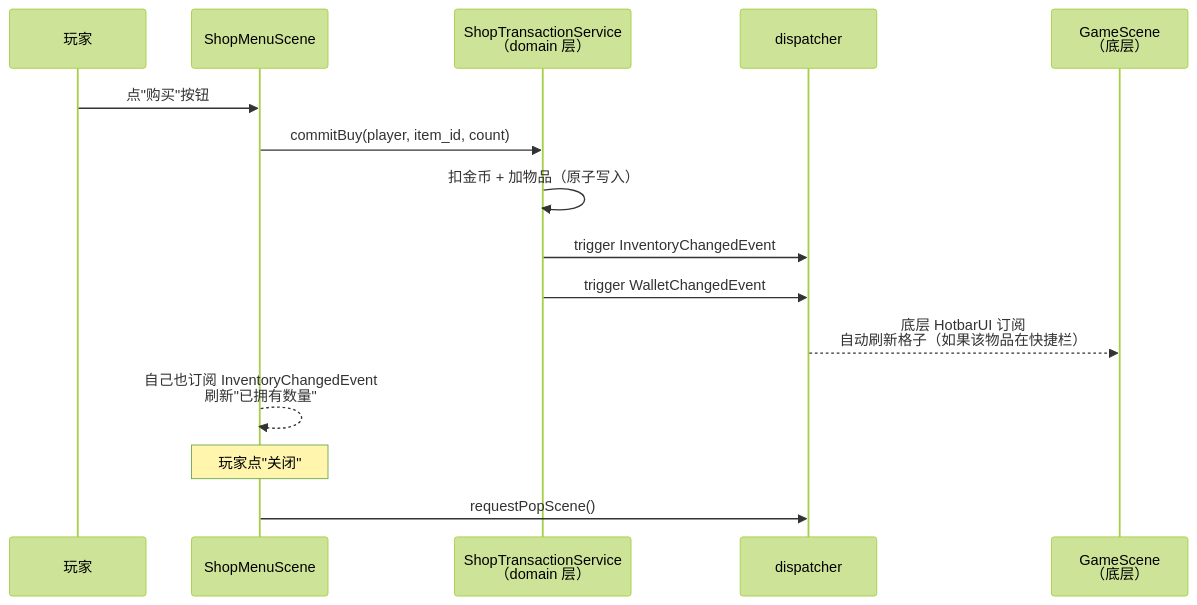
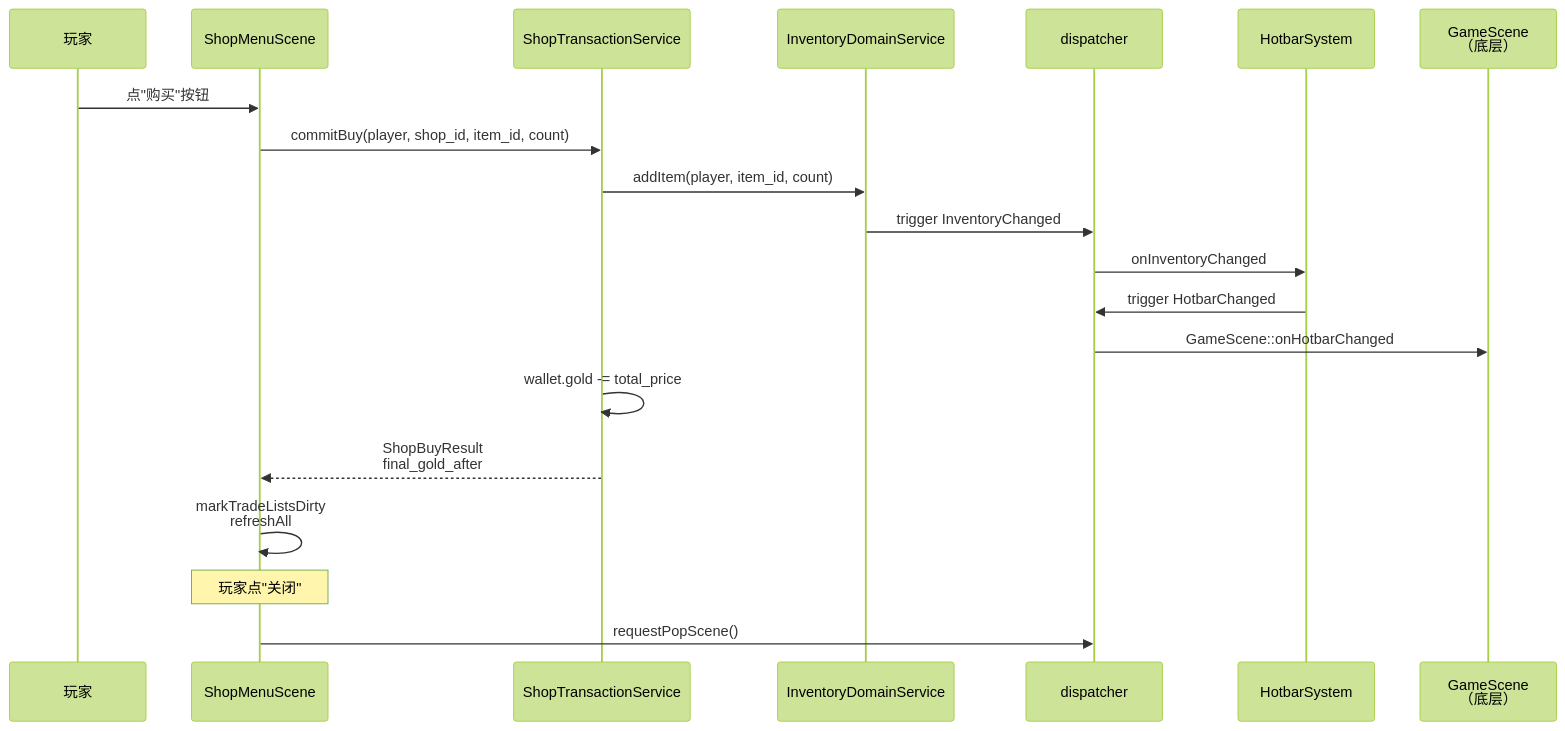
The third of 3 diagrams in lecture_plans/lectures/04-HUD与覆盖式场景.md (WispSnow/TinyFarmRPG), drawn with Mermaid (forest theme) before and after one commit. The commit also changed other lines of this file and 8 other files, not shown here.

````diff
--- a/lecture_plans/lectures/04-HUD与覆盖式场景.md
+++ b/lecture_plans/lectures/04-HUD与覆盖式场景.md
@@ -222,18 +248,23 @@
 ```mermaid
 sequenceDiagram
     participant U as 玩家
     participant SMS as ShopMenuScene
-    participant DOM as ShopTransactionService<br/>（domain 层）
+    participant STS as ShopTransactionService
+    participant IDS as InventoryDomainService
     participant DISP as dispatcher
+    participant HS as HotbarSystem
     participant GS as GameScene<br/>（底层）
 
     U->>SMS: 点"购买"按钮
-    SMS->>DOM: commitBuy(player, item_id, count)
-    DOM->>DOM: 扣金币 + 加物品（原子写入）
-    DOM->>DISP: trigger InventoryChangedEvent
-    DOM->>DISP: trigger WalletChangedEvent
-    DISP-->>GS: 底层 HotbarUI 订阅<br/>自动刷新格子（如果该物品在快捷栏）
-    SMS-->>SMS: 自己也订阅 InventoryChangedEvent<br/>刷新"已拥有数量"
+    SMS->>STS: commitBuy(player, shop_id, item_id, count)
+    STS->>IDS: addItem(player, item_id, count)
+    IDS->>DISP: trigger InventoryChanged
+    DISP->>HS: onInventoryChanged
+    HS->>DISP: trigger HotbarChanged
+    DISP->>GS: GameScene::onHotbarChanged
+    STS->>STS: wallet.gold -= total_price
+    STS-->>SMS: ShopBuyResult<br/>final_gold_after
+    SMS->>SMS: markTradeListsDirty<br/>refreshAll
     Note over SMS: 玩家点"关闭"
     SMS->>DISP: requestPopScene()
 ```
````
